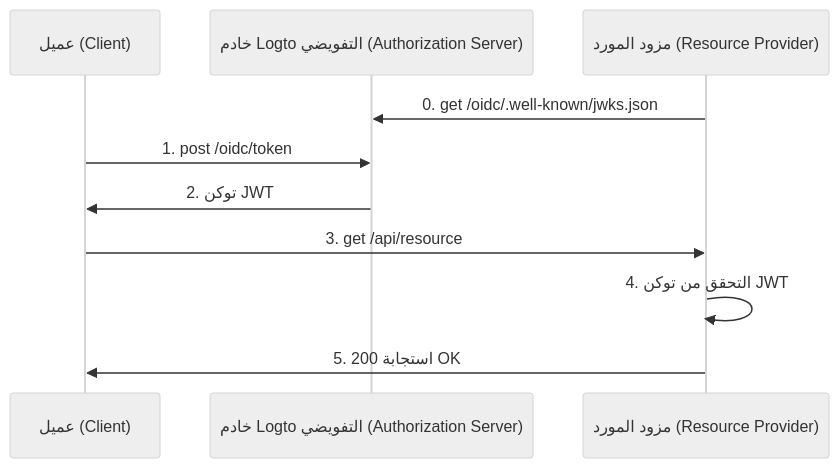
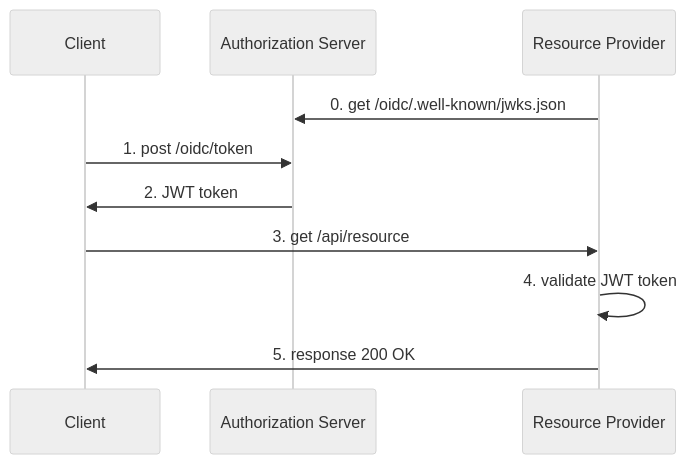
One commit to logto-io/auth-wiki changed the second of 2 diagrams in src/content/terms/ar/opaque-token.mdx. Above: the diagram before and after it, drawn with Mermaid (neutral theme). The commit also changed other lines of this file and 98 other files, not shown here.

````diff
--- a/src/content/terms/ar/opaque-token.mdx
+++ b/src/content/terms/ar/opaque-token.mdx
@@ -73,16 +73,16 @@
 ```mermaid
 
 sequenceDiagram
-    participant C as عميل (Client)
-    participant AS as خادم Logto التفويضي (Authorization Server)
-    participant RP as مزود المورد (Resource Provider)
+    participant C as Client
+    participant AS as Authorization Server
+    participant RP as Resource Provider
 
     RP ->> AS: 0. get /oidc/.well-known/jwks.json
 
     C ->> AS: 1. post /oidc/token
-    AS ->> C: 2. توكن JWT
+    AS ->> C: 2. JWT token
     C ->> RP: 3. get /api/resource
-    RP ->> RP: 4. التحقق من توكن JWT
-    RP ->> C: 5. استجابة 200 OK
+    RP ->> RP: 4. validate JWT token
+    RP ->> C: 5. response 200 OK
 
 ```
````
